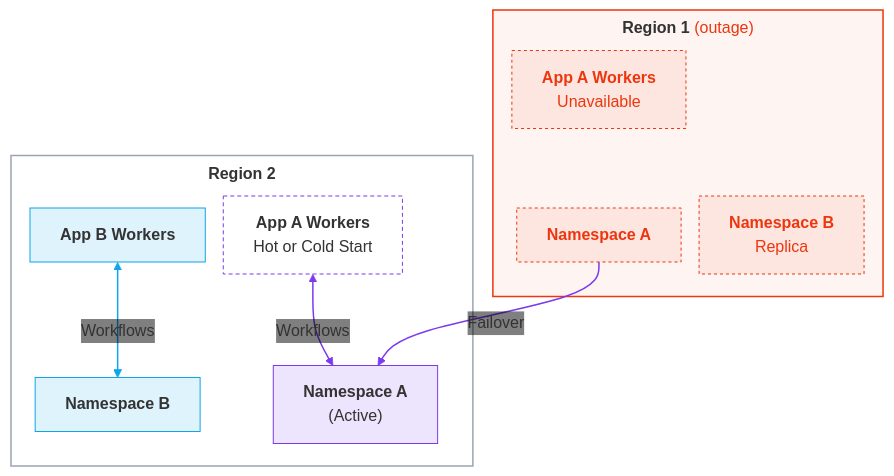
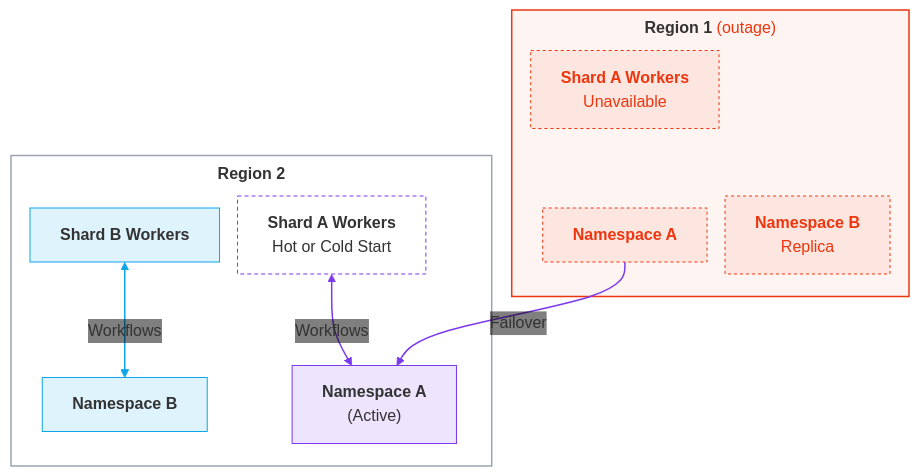
One commit to temporalio/documentation changed diagram 22 of 23 in docs/cloud/high-availability/deployment-patterns.mdx. Above: the diagram before and after it, drawn with Mermaid. The commit also changed other lines of this file, not shown here.

````diff
--- a/docs/cloud/high-availability/deployment-patterns.mdx
+++ b/docs/cloud/high-availability/deployment-patterns.mdx
@@ -825,30 +829,30 @@
 ```mermaid
 %%{init: {'themeVariables':{'fontFamily':'Inter, ui-sans-serif, system-ui, sans-serif','edgeLabelBackground':'transparent'},'flowchart':{'nodeSpacing':18,'rankSpacing':45,'curve':'basis','subGraphTitleMargin':{'top':6,'bottom':12}}}}%%
 flowchart TD
     classDef appA fill:#7C3AED22,stroke:#7C3AED,stroke-width:1px;
     classDef appAhollow fill:transparent,stroke:#7C3AED,stroke-width:1px,stroke-dasharray:4 3;
     classDef appB fill:#0EA5E922,stroke:#0EA5E9,stroke-width:1px;
     classDef down fill:#ED360E14,stroke:#ED360E,stroke-width:1px,stroke-dasharray:3 3,color:#ED360E;
     classDef region fill:transparent,stroke:#9aa4b2,stroke-width:1.5px;
     classDef regiondown fill:#ED360E0D,stroke:#ED360E,stroke-width:1.5px;
     subgraph DUFR2["<b>Region 2</b>"]
-      DUFWPB["<b>App B Workers</b>"]:::appB
+      DUFWPB["<b>Shard B Workers</b>"]:::appB
       DUFNBa["<b>Namespace B</b>"]:::appB
       DUFNAa2["<b>Namespace A</b><br/>(Active)"]:::appA
-      DUFWPA2["<b>App A Workers</b><br/>Hot or Cold Start"]:::appAhollow
+      DUFWPA2["<b>Shard A Workers</b><br/>Hot or Cold Start"]:::appAhollow
       DUFWPB <-->|Workflows| DUFNBa
       DUFWPA2 <-->|Workflows| DUFNAa2
     end
     subgraph DUFR1["<b>Region 1</b> <span style='color:#ED360E'>(outage)</span>"]
-      DUFWPA["<b>App A Workers</b><br/>Unavailable"]:::down
+      DUFWPA["<b>Shard A Workers</b><br/>Unavailable"]:::down
       DUFNAa["<b>Namespace A</b>"]:::down
       DUFNBp["<b>Namespace B</b><br/>Replica"]:::down
       DUFWPA ~~~ DUFNAa
     end
     DUFNAa -->|"Failover"| DUFNAa2
     linkStyle 0 stroke:#0EA5E9,stroke-width:1.5px
     linkStyle 1 stroke:#7C3AED,stroke-width:1.5px
     linkStyle 3 stroke:#7C3AED,stroke-width:1.5px
     class DUFR1 regiondown
     class DUFR2 region
 ```
````
